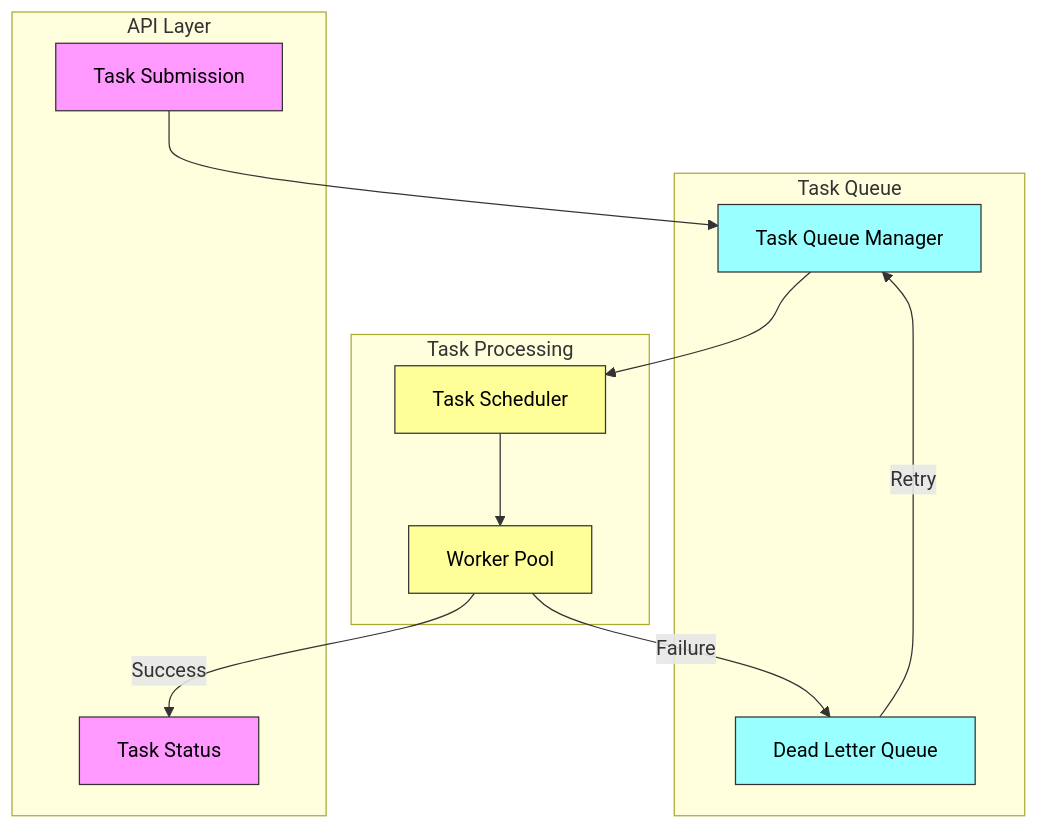
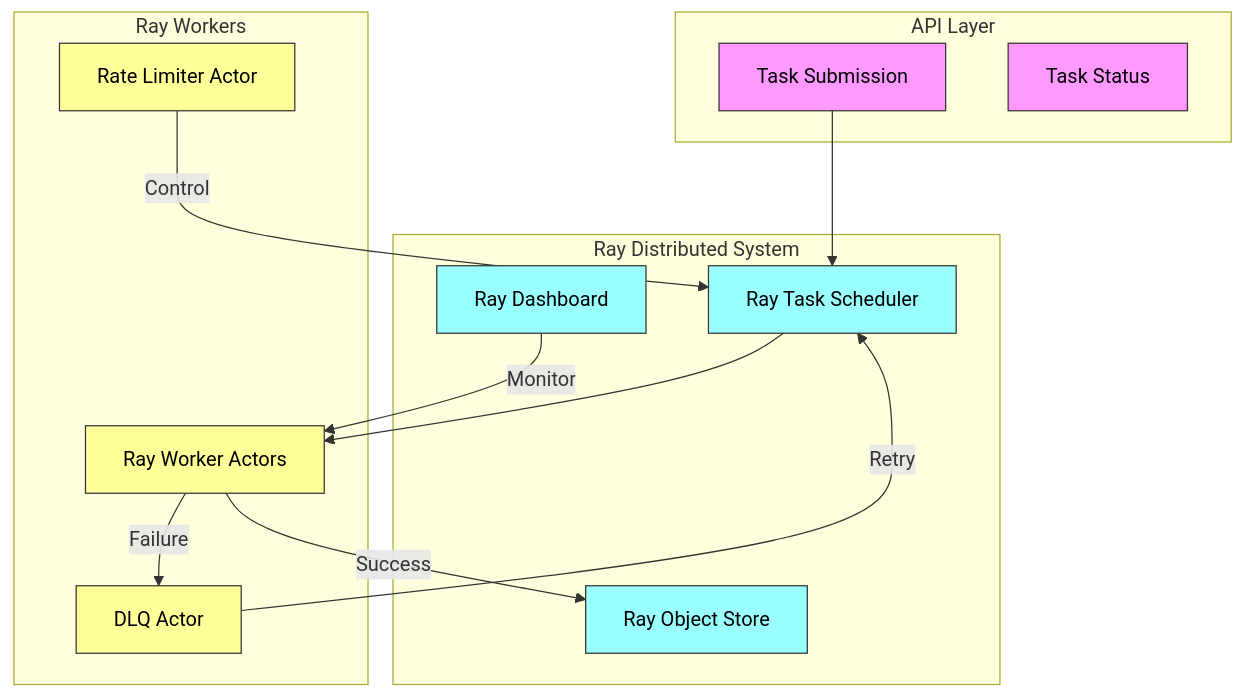
Before and after one commit to vrolok/queue-engine: the diagram in README.md, drawn with Mermaid. The commit also changed other lines of this file and 23 other files, not shown here.

Commit message:
Moved Queue, Tasks, and Workers to Ray Framework

````diff
--- a/README.md
+++ b/README.md
@@ -7,32 +7,35 @@
 ```mermaid
 flowchart TD
     subgraph API["API Layer"]
         A["Task Submission"]
         B["Task Status"]
     end
 
-    subgraph Queue["Task Queue"]
-        C["Task Queue Manager"]
-        D["Dead Letter Queue"]
+    subgraph Ray["Ray Distributed System"]
+        C["Ray Object Store"]
+        D["Ray Task Scheduler"]
+        R["Ray Dashboard"]
     end
 
-    subgraph Processing["Task Processing"]
-        E["Task Scheduler"]
-        F["Worker Pool"]
+    subgraph Workers["Ray Workers"]
+        E["Ray Worker Actors"]
+        F["DLQ Actor"]
+        G["Rate Limiter Actor"]
     end
 
-    A --> C
-    C --> E
-    E --> F
-    F -->|Success| B
-    F -->|Failure| D
-    D -->|Retry| C
+    A --> D
+    D --> E
+    E -->|Success| C
+    E -->|Failure| F
+    F -->|Retry| D
+    G -->|Control| D
+    R -->|Monitor| E
 
     classDef api fill:#f9f,stroke:#333,color:#000
-    classDef queue fill:#9ff,stroke:#333,color:#000
-    classDef process fill:#ff9,stroke:#333,color:#000
+    classDef ray fill:#9ff,stroke:#333,color:#000
+    classDef worker fill:#ff9,stroke:#333,color:#000
     
     class A,B api
-    class C,D queue
-    class E,F process
+    class C,D,R ray
+    class E,F,G worker
 ```
````
